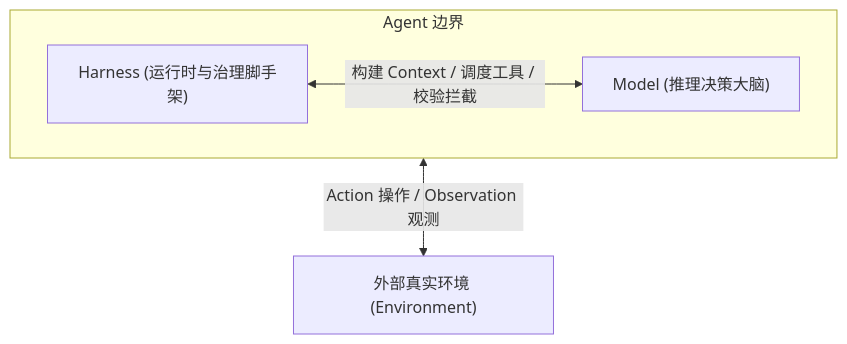
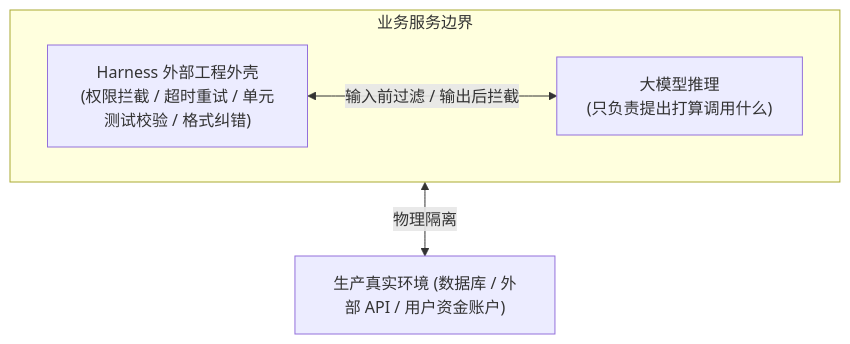
One commit to ljh12138164/ai-agent-study changed the first of 3 diagrams in app/ch01-fundamentals/03-harness-engineering/page.mdx. Above: the diagram before and after it, drawn with Mermaid. The commit also changed other lines of this file and 43 other files, not shown here.

````diff
--- a/app/ch01-fundamentals/03-harness-engineering/page.mdx
+++ b/app/ch01-fundamentals/03-harness-engineering/page.mdx
@@ -18,10 +17,10 @@
 ```mermaid
 graph TD
-    subgraph AgentBoundary["Agent 边界"]
-        Harness["Harness (运行时与治理脚手架)"]
-        Model["Model (推理决策大脑)"]
-        Harness <-->|构建 Context / 调度工具 / 校验拦截| Model
+    subgraph AgentBoundary["业务服务边界"]
+        Harness["Harness 外部工程外壳<br/>(权限拦截 / 超时重试 / 单元测试校验 / 格式纠错)"]
+        Model["大模型推理<br/>(只负责提出打算调用什么)"]
+        Harness <-->|输入前过滤 / 输出后拦截| Model
     end
 
-    AgentBoundary <-->|Action 操作 / Observation 观测| Env["外部真实环境 (Environment)"]
+    AgentBoundary <-->|物理隔离| Env["生产真实环境 (数据库 / 外部 API / 用户资金账户)"]
 ```
````
